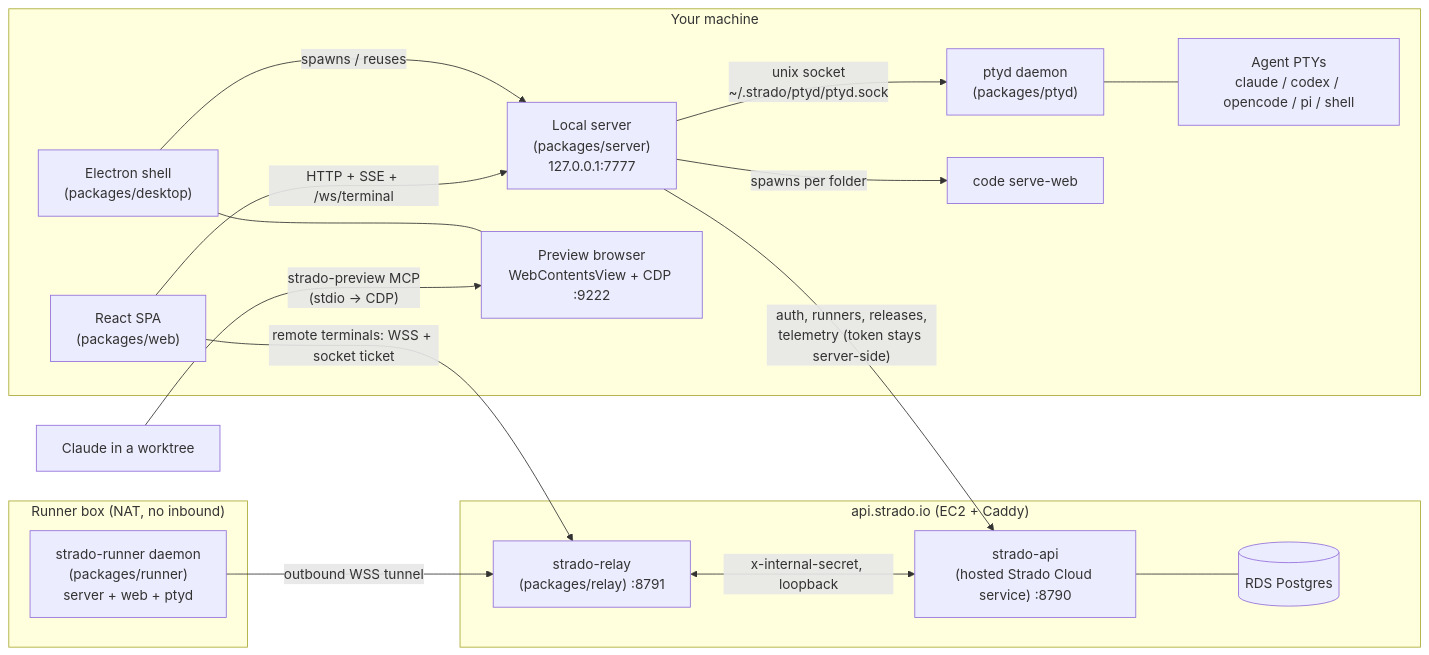
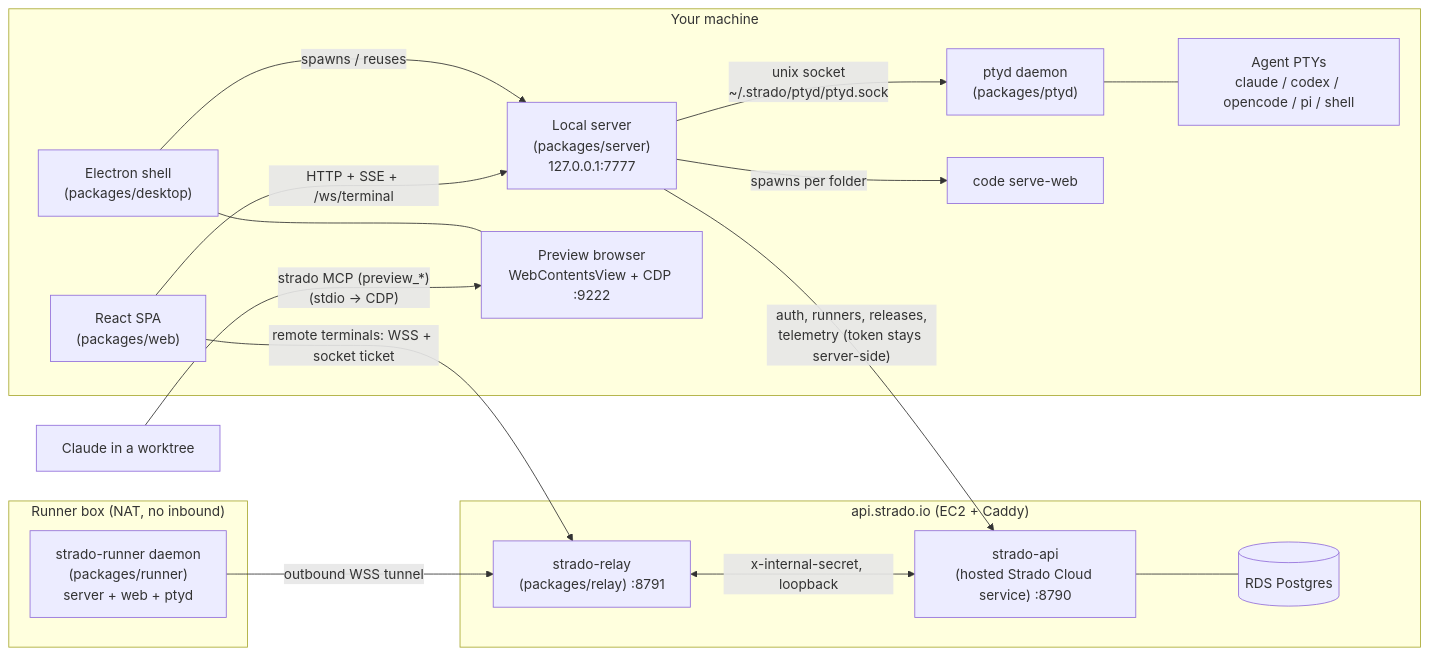
One commit to strado-io/strado changed the first of 4 diagrams in docs/ARCHITECTURE.md. Above: the diagram before and after it, drawn with Mermaid. The commit also changed other lines of this file and 166 other files, not shown here.

````diff
--- a/docs/ARCHITECTURE.md
+++ b/docs/ARCHITECTURE.md
@@ -30,36 +30,36 @@
 ```mermaid
 flowchart LR
     subgraph mac["Your machine"]
         desktop["Electron shell<br/>(packages/desktop)"]
         web["React SPA<br/>(packages/web)"]
         server["Local server<br/>(packages/server)<br/>127.0.0.1:7777"]
         ptyd["ptyd daemon<br/>(packages/ptyd)"]
         agents["Agent PTYs<br/>claude / codex / opencode / pi / shell"]
         vscode["code serve-web"]
         preview["Preview browser<br/>WebContentsView + CDP :9222"]
 
         desktop -->|"spawns / reuses"| server
         desktop --- preview
         web -->|"HTTP + SSE + /ws/terminal"| server
         server -->|"unix socket<br/>~/.strado/ptyd/ptyd.sock"| ptyd
         ptyd --- agents
         server -->|"spawns per folder"| vscode
     end
 
     subgraph cloud["api.strado.io (EC2 + Caddy)"]
         api["strado-api<br/>(hosted Strado Cloud service) :8790"]
         relay["strado-relay<br/>(packages/relay) :8791"]
         rds[("RDS Postgres")]
         api --- rds
     end
 
     subgraph home["Runner box (NAT, no inbound)"]
         runner["strado-runner daemon<br/>(packages/runner)<br/>server + web + ptyd"]
     end
 
     server -->|"auth, runners, releases,<br/>telemetry (token stays server-side)"| api
     web -->|"remote terminals: WSS + socket ticket"| relay
     runner -->|"outbound WSS tunnel"| relay
     relay <-->|"x-internal-secret, loopback"| api
-    agentsMCP["Claude in a worktree"] -->|"strado-preview MCP<br/>(stdio → CDP)"| preview
+    agentsMCP["Claude in a worktree"] -->|"strado MCP (preview_*)<br/>(stdio → CDP)"| preview
 ```
````
